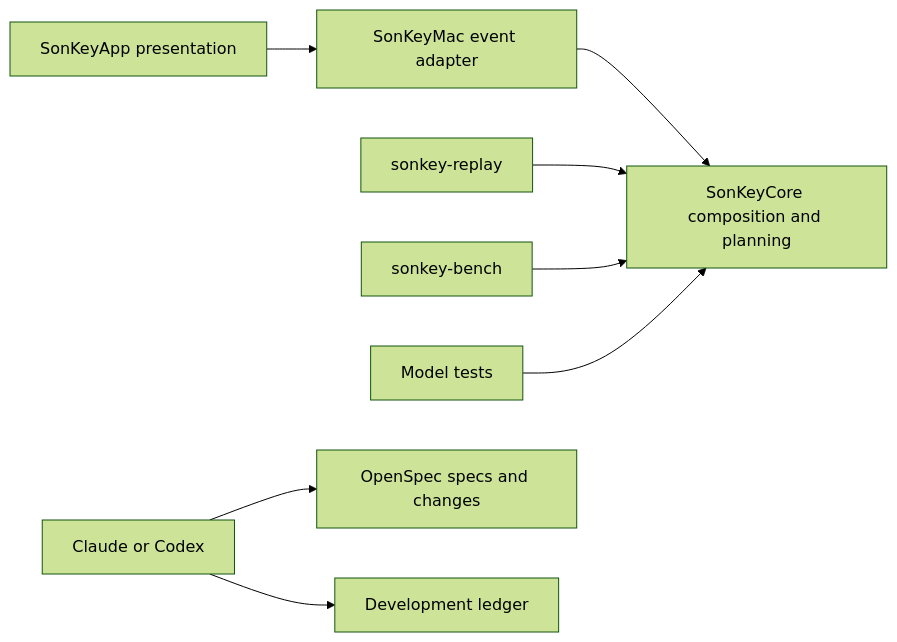
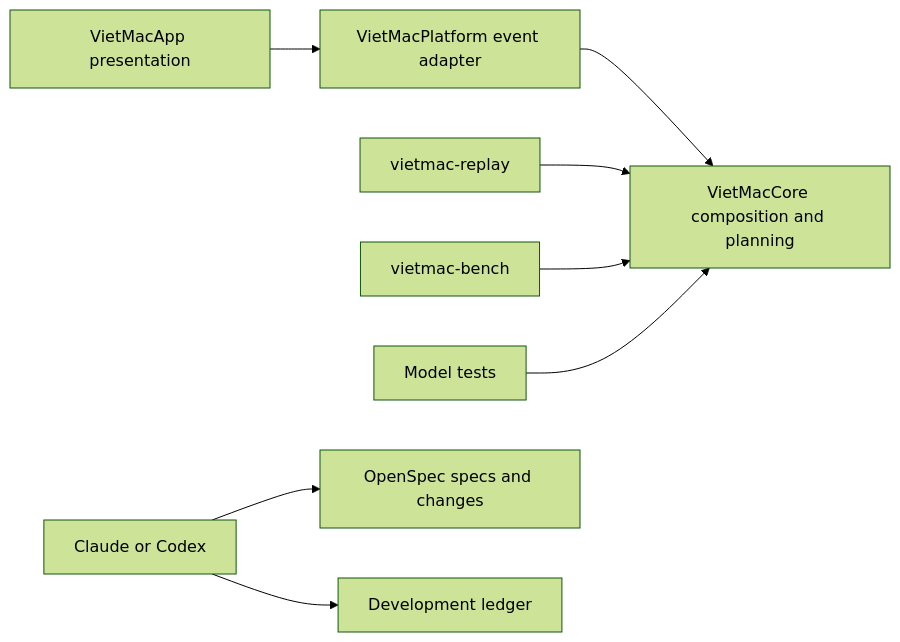
Before and after one commit to sonqh/godau: the first of 2 diagrams in docs/architecture.md, drawn with Mermaid (forest theme). The commit also changed other lines of this file and 28 other files, not shown here.

Commit message:
refactor: rename SonKey to VietMac

````diff
--- a/docs/architecture.md
+++ b/docs/architecture.md
@@ -6,10 +6,10 @@
 ```mermaid
 flowchart LR
-    App[SonKeyApp presentation] --> Mac[SonKeyMac event adapter]
-    Mac --> Core[SonKeyCore composition and planning]
-    Replay[sonkey-replay] --> Core
-    Bench[sonkey-bench] --> Core
+    App[VietMacApp presentation] --> Mac[VietMacPlatform event adapter]
+    Mac --> Core[VietMacCore composition and planning]
+    Replay[vietmac-replay] --> Core
+    Bench[vietmac-bench] --> Core
     Tests[Model tests] --> Core
     Agents[Claude or Codex] --> Spec[OpenSpec specs and changes]
     Agents --> Ledger[Development ledger]
 ```
````
